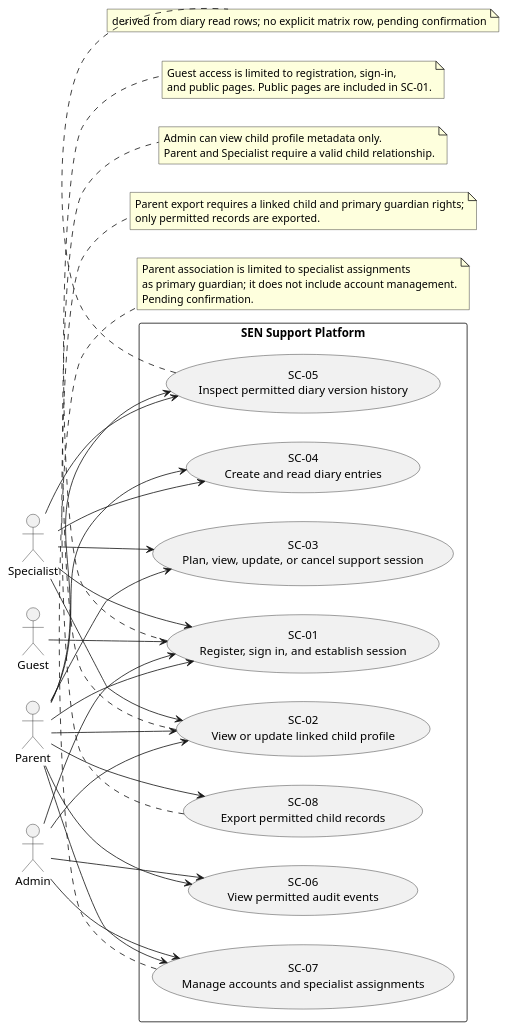
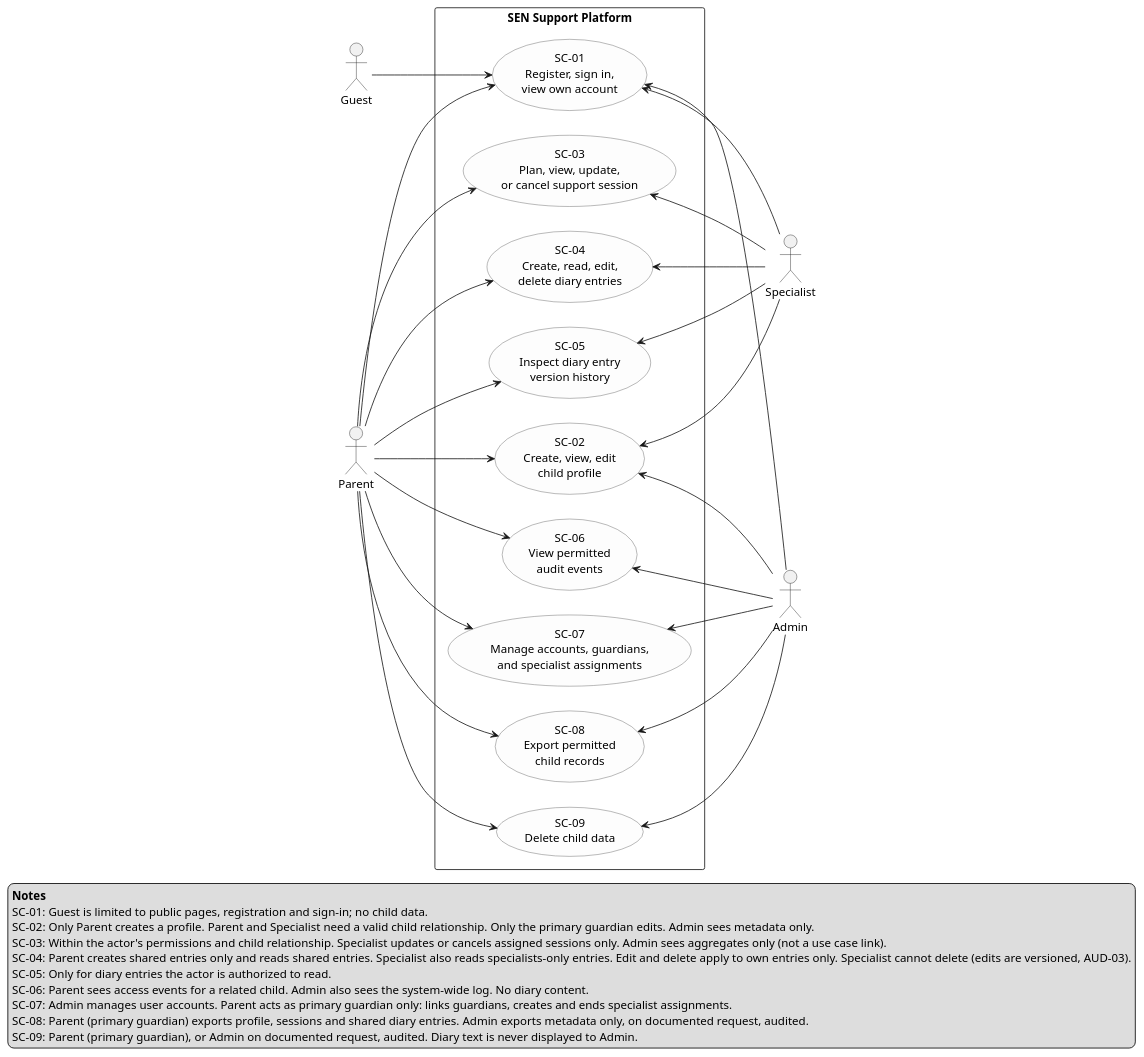
One commit to AknurOE/sen-support-platform changed the diagram in docs/diagrams/usecase.puml. Above: the diagram before and after it, drawn with PlantUML. The commit also changed 4 other files, not shown here.

Commit message:
SSP-40: refine diagrams and add exports,editing of srs.md

```diff
--- a/docs/diagrams/usecase.puml
+++ b/docs/diagrams/usecase.puml
@@ -1,70 +1,66 @@
 @startuml
 left to right direction
-skinparam packageStyle rectangle
+skinparam shadowing false
+skinparam nodesep 30
+skinparam ranksep 90
+skinparam usecase {
+  BackgroundColor #FDFDFD
+  BorderColor #555555
+}
 
 actor Guest
 actor Parent
 actor Specialist
 actor Admin
 
 rectangle "SEN Support Platform" {
-  usecase "SC-01\nRegister, sign in, and establish session" as SC01
-  usecase "SC-02\nView or update linked child profile" as SC02
-  usecase "SC-03\nPlan, view, update, or cancel support session" as SC03
-  usecase "SC-04\nCreate and read diary entries" as SC04
-  usecase "SC-05\nInspect permitted diary version history" as SC05
-  usecase "SC-06\nView permitted audit events" as SC06
-  usecase "SC-07\nManage accounts and specialist assignments" as SC07
-  usecase "SC-08\nExport permitted child records" as SC08
+  usecase "SC-01\nRegister, sign in,\nview own account" as SC01
+  usecase "SC-02\nCreate, view, edit\nchild profile" as SC02
+  usecase "SC-03\nPlan, view, update,\nor cancel support session" as SC03
+  usecase "SC-04\nCreate, read, edit,\ndelete diary entries" as SC04
+  usecase "SC-05\nInspect diary entry\nversion history" as SC05
+  usecase "SC-06\nView permitted\naudit events" as SC06
+  usecase "SC-07\nManage accounts, guardians,\nand specialist assignments" as SC07
+  usecase "SC-08\nExport permitted\nchild records" as SC08
+  usecase "SC-09\nDelete child data" as SC09
 }
 
-Guest --> SC01
+' слева: Guest и Parent
+Guest  --> SC01
 Parent --> SC01
-Specialist --> SC01
-Admin --> SC01
+Parent --> SC02
+Parent --> SC03
+Parent --> SC04
+Parent --> SC05
+Parent --> SC06
+Parent --> SC07
+Parent --> SC08
+Parent --> SC09
 
-Parent --> SC02
-Specialist --> SC02
-Admin --> SC02
+' справа: Specialist и Admin
+SC01 <-- Specialist
+SC02 <-- Specialist
+SC03 <-- Specialist
+SC04 <-- Specialist
+SC05 <-- Specialist
 
-Parent --> SC03
-Specialist --> SC03
+SC01 <-- Admin
+SC02 <-- Admin
+SC06 <-- Admin
+SC07 <-- Admin
+SC08 <-- Admin
+SC09 <-- Admin
 
-Parent --> SC04
-Specialist --> SC04
-
-Parent --> SC05
-Specialist --> SC05
-Parent --> SC06
-Admin --> SC06
-
-Parent --> SC07
-Admin --> SC07
-
-Parent --> SC08
-
-note bottom of SC01
-Guest access is limited to registration, sign-in,
-and public pages. Public pages are included in SC-01.
-end note
-
-note bottom of SC02
-Admin can view child profile metadata only.
-Parent and Specialist require a valid child relationship.
-end note
-
-note bottom of SC05
-derived from diary read rows; no explicit matrix row, pending confirmation
-end note
-
-note bottom of SC07
-Parent association is limited to specialist assignments
-as primary guardian; it does not include account management.
-Pending confirmation.
-end note
-
-note bottom of SC08
-Parent export requires a linked child and primary guardian rights;
-only permitted records are exported.
-end note
+legend bottom
+  **Notes**
+  SC-01: Guest is limited to public pages, registration and sign-in; no child data.
+  SC-02: Only Parent creates a profile. Parent and Specialist need a valid child relationship. Only the primary guardian edits. Admin sees metadata only.
+  SC-03: Within the actor's permissions and child relationship. Specialist updates or cancels assigned sessions only. Admin sees aggregates only (not a use case link).
+  SC-04: Parent creates shared entries only and reads shared entries. Specialist also reads specialists-only entries. Edit and delete apply to own entries only. Specialist cannot delete (edits are versioned, AUD-03).
+  SC-05: Only for diary entries the actor is authorized to read.
+  SC-06: Parent sees access events for a related child. Admin also sees the system-wide log. No diary content.
+  SC-07: Admin manages user accounts. Parent acts as primary guardian only: links guardians, creates and ends specialist assignments.
+  SC-08: Parent (primary guardian) exports profile, sessions and shared diary entries. Admin exports metadata only, on documented request, audited.
+  SC-09: Parent (primary guardian), or Admin on documented request, audited. Diary text is never displayed to Admin.
+endlegend
 @enduml
```
